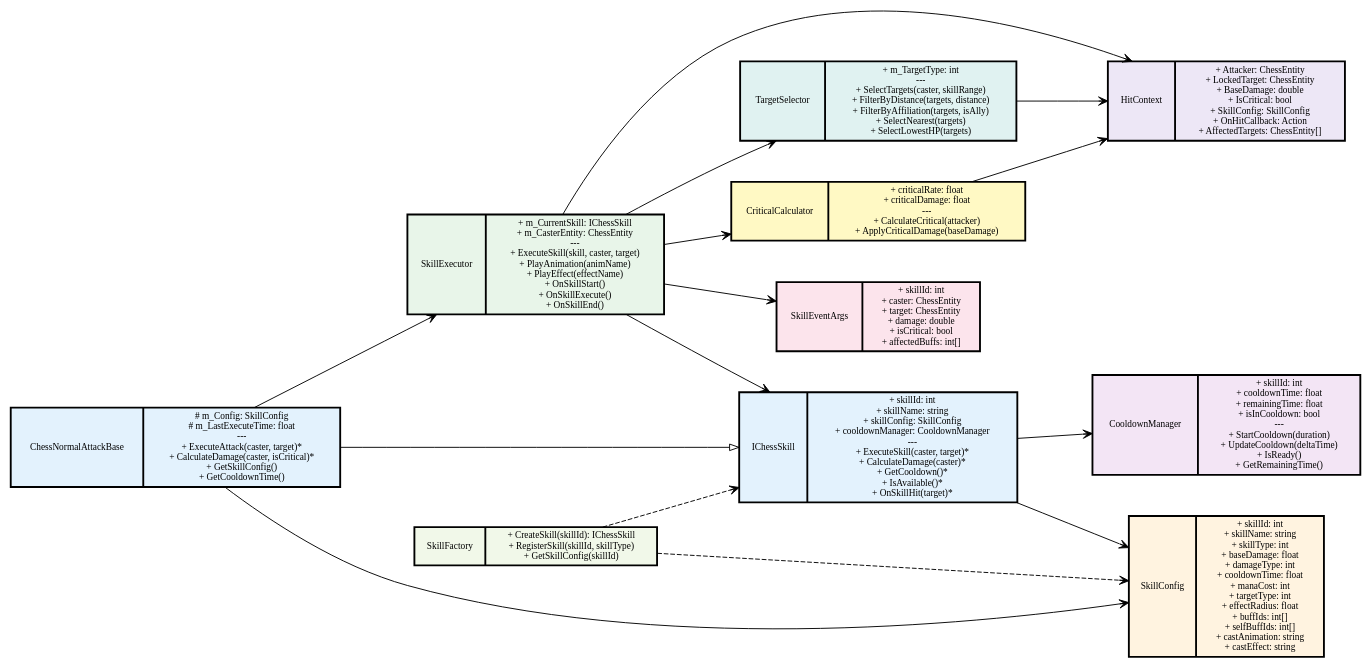
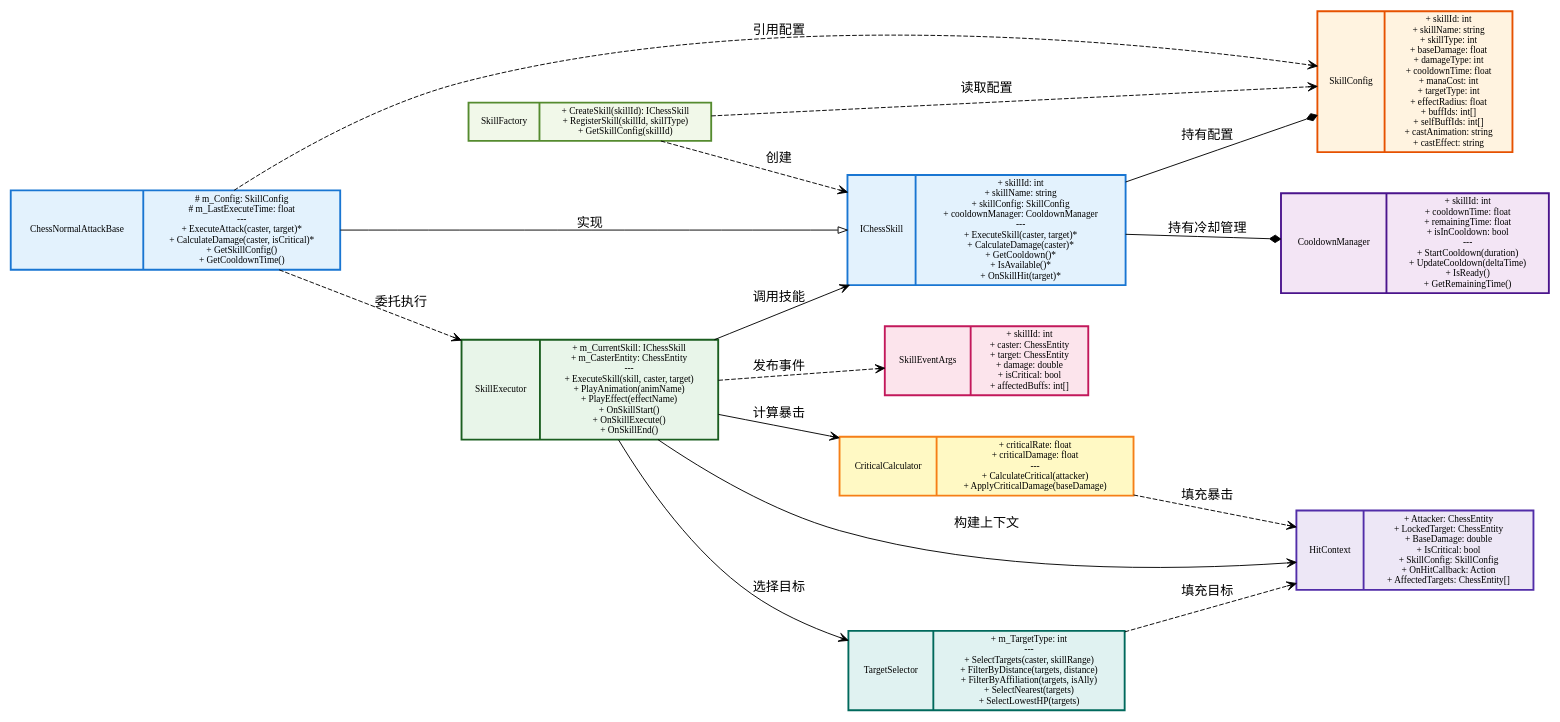
The diagram in 项目知识库（AI）/图表资源/4-11_技能系统类图.md (TXYzznc/GP), drawn with Graphviz before and after one commit. The commit also changed 8 other files, not shown here.

Commit message:
chore: 同步 Prefab、工程配置和知识库图表更新

````diff
--- a/项目知识库（AI）/图表资源/4-11_技能系统类图.md
+++ b/项目知识库（AI）/图表资源/4-11_技能系统类图.md
@@ -3,46 +3,55 @@
 ```dot
 digraph SkillSystem {
     rankdir=LR;
     nodesep=0.6;
     ranksep=1.0;
     splines=orthogonal;
     
     node [shape=box, style=filled, fontsize=10];
     edge [arrowhead=vee];
     
-    IChessSkill [label="{IChessSkill|+ skillId: int\n+ skillName: string\n+ skillConfig: SkillConfig\n+ cooldownManager: CooldownManager\n---\n+ ExecuteSkill(caster, target)*\n+ CalculateDamage(caster)*\n+ GetCooldown()*\n+ IsAvailable()*\n+ OnSkillHit(target)*}", shape=record, fillcolor="#e3f2fd", stroke="#1976d2", penwidth=2];
+    IChessSkill [label="{IChessSkill|+ skillId: int\n+ skillName: string\n+ skillConfig: SkillConfig\n+ cooldownManager: CooldownManager\n---\n+ ExecuteSkill(caster, target)*\n+ CalculateDamage(caster)*\n+ GetCooldown()*\n+ IsAvailable()*\n+ OnSkillHit(target)*}", shape=record, fillcolor="#e3f2fd", color="#1976d2", penwidth=2];
     
-    ChessNormalAttackBase [label="{ChessNormalAttackBase|# m_Config: SkillConfig\n# m_LastExecuteTime: float\n---\n+ ExecuteAttack(caster, target)*\n+ CalculateDamage(caster, isCritical)*\n+ GetSkillConfig()\n+ GetCooldownTime()}", shape=record, fillcolor="#e3f2fd", stroke="#1976d2", penwidth=2];
+    ChessNormalAttackBase [label="{ChessNormalAttackBase|# m_Config: SkillConfig\n# m_LastExecuteTime: float\n---\n+ ExecuteAttack(caster, target)*\n+ CalculateDamage(caster, isCritical)*\n+ GetSkillConfig()\n+ GetCooldownTime()}", shape=record, fillcolor="#e3f2fd", color="#1976d2", penwidth=2];
     
-    SkillConfig [label="{SkillConfig|+ skillId: int\n+ skillName: string\n+ skillType: int\n+ baseDamage: float\n+ damageType: int\n+ cooldownTime: float\n+ manaCost: int\n+ targetType: int\n+ effectRadius: float\n+ buffIds: int[]\n+ selfBuffIds: int[]\n+ castAnimation: string\n+ castEffect: string}", shape=record, fillcolor="#fff3e0", stroke="#e65100", penwidth=2];
+    SkillConfig [label="{SkillConfig|+ skillId: int\n+ skillName: string\n+ skillType: int\n+ baseDamage: float\n+ damageType: int\n+ cooldownTime: float\n+ manaCost: int\n+ targetType: int\n+ effectRadius: float\n+ buffIds: int[]\n+ selfBuffIds: int[]\n+ castAnimation: string\n+ castEffect: string}", shape=record, fillcolor="#fff3e0", color="#e65100", penwidth=2];
     
-    CooldownManager [label="{CooldownManager|+ skillId: int\n+ cooldownTime: float\n+ remainingTime: float\n+ isInCooldown: bool\n---\n+ StartCooldown(duration)\n+ UpdateCooldown(deltaTime)\n+ IsReady()\n+ GetRemainingTime()}", shape=record, fillcolor="#f3e5f5", stroke="#4a148c", penwidth=2];
+    CooldownManager [label="{CooldownManager|+ skillId: int\n+ cooldownTime: float\n+ remainingTime: float\n+ isInCooldown: bool\n---\n+ StartCooldown(duration)\n+ UpdateCooldown(deltaTime)\n+ IsReady()\n+ GetRemainingTime()}", shape=record, fillcolor="#f3e5f5", color="#4a148c", penwidth=2];
     
-    SkillExecutor [label="{SkillExecutor|+ m_CurrentSkill: IChessSkill\n+ m_CasterEntity: ChessEntity\n---\n+ ExecuteSkill(skill, caster, target)\n+ PlayAnimation(animName)\n+ PlayEffect(effectName)\n+ OnSkillStart()\n+ OnSkillExecute()\n+ OnSkillEnd()}", shape=record, fillcolor="#e8f5e9", stroke="#1b5e20", penwidth=2];
+    SkillExecutor [label="{SkillExecutor|+ m_CurrentSkill: IChessSkill\n+ m_CasterEntity: ChessEntity\n---\n+ ExecuteSkill(skill, caster, target)\n+ PlayAnimation(animName)\n+ PlayEffect(effectName)\n+ OnSkillStart()\n+ OnSkillExecute()\n+ OnSkillEnd()}", shape=record, fillcolor="#e8f5e9", color="#1b5e20", penwidth=2];
     
-    SkillEventArgs [label="{SkillEventArgs|+ skillId: int\n+ caster: ChessEntity\n+ target: ChessEntity\n+ damage: double\n+ isCritical: bool\n+ affectedBuffs: int[]}", shape=record, fillcolor="#fce4ec", stroke="#c2185b", penwidth=2];
+    SkillEventArgs [label="{SkillEventArgs|+ skillId: int\n+ caster: ChessEntity\n+ target: ChessEntity\n+ damage: double\n+ isCritical: bool\n+ affectedBuffs: int[]}", shape=record, fillcolor="#fce4ec", color="#c2185b", penwidth=2];
     
-    SkillFactory [label="{SkillFactory|+ CreateSkill(skillId): IChessSkill\n+ RegisterSkill(skillId, skillType)\n+ GetSkillConfig(skillId)}", shape=record, fillcolor="#f1f8e9", stroke="#558b2f", penwidth=2];
+    SkillFactory [label="{SkillFactory|+ CreateSkill(skillId): IChessSkill\n+ RegisterSkill(skillId, skillType)\n+ GetSkillConfig(skillId)}", shape=record, fillcolor="#f1f8e9", color="#558b2f", penwidth=2];
     
-    TargetSelector [label="{TargetSelector|+ m_TargetType: int\n---\n+ SelectTargets(caster, skillRange)\n+ FilterByDistance(targets, distance)\n+ FilterByAffiliation(targets, isAlly)\n+ SelectNearest(targets)\n+ SelectLowestHP(targets)}", shape=record, fillcolor="#e0f2f1", stroke="#00695c", penwidth=2];
+    TargetSelector [label="{TargetSelector|+ m_TargetType: int\n---\n+ SelectTargets(caster, skillRange)\n+ FilterByDistance(targets, distance)\n+ FilterByAffiliation(targets, isAlly)\n+ SelectNearest(targets)\n+ SelectLowestHP(targets)}", shape=record, fillcolor="#e0f2f1", color="#00695c", penwidth=2];
     
-    HitContext [label="{HitContext|+ Attacker: ChessEntity\n+ LockedTarget: ChessEntity\n+ BaseDamage: double\n+ IsCritical: bool\n+ SkillConfig: SkillConfig\n+ OnHitCallback: Action\n+ AffectedTargets: ChessEntity[]}", shape=record, fillcolor="#ede7f6", stroke="#512da8", penwidth=2];
+    HitContext [label="{HitContext|+ Attacker: ChessEntity\n+ LockedTarget: ChessEntity\n+ BaseDamage: double\n+ IsCritical: bool\n+ SkillConfig: SkillConfig\n+ OnHitCallback: Action\n+ AffectedTargets: ChessEntity[]}", shape=record, fillcolor="#ede7f6", color="#512da8", penwidth=2];
     
-    CriticalCalculator [label="{CriticalCalculator|+ criticalRate: float\n+ criticalDamage: float\n---\n+ CalculateCritical(attacker)\n+ ApplyCriticalDamage(baseDamage)}", shape=record, fillcolor="#fff9c4", stroke="#f57f17", penwidth=2];
+    CriticalCalculator [label="{CriticalCalculator|+ criticalRate: float\n+ criticalDamage: float\n---\n+ CalculateCritical(attacker)\n+ ApplyCriticalDamage(baseDamage)}", shape=record, fillcolor="#fff9c4", color="#f57f17", penwidth=2];
     
-    ChessNormalAttackBase -> IChessSkill [arrowhead=empty];
-    IChessSkill -> SkillConfig;
-    IChessSkill -> CooldownManager;
-    ChessNormalAttackBase -> SkillConfig;
-    ChessNormalAttackBase -> SkillExecutor;
-    SkillExecutor -> IChessSkill;
-    SkillExecutor -> SkillEventArgs;
-    SkillExecutor -> HitContext;
-    SkillExecutor -> TargetSelector;
-    SkillExecutor -> CriticalCalculator;
-    SkillFactory -> IChessSkill [style=dashed];
-    SkillFactory -> SkillConfig [style=dashed];
-    TargetSelector -> HitContext;
-    CriticalCalculator -> HitContext;
+    // 继承关系
+    ChessNormalAttackBase -> IChessSkill [arrowhead=empty, label="实现"];
+    
+    // 组合/聚合关系
+    IChessSkill -> SkillConfig [label="持有配置", arrowhead=diamond];
+    IChessSkill -> CooldownManager [label="持有冷却管理", arrowhead=diamond];
+    ChessNormalAttackBase -> SkillConfig [label="引用配置", style=dashed];
+    
+    // 依赖关系
+    ChessNormalAttackBase -> SkillExecutor [label="委托执行", style=dashed];
+    SkillExecutor -> IChessSkill [label="调用技能"];
+    SkillExecutor -> SkillEventArgs [label="发布事件", style=dashed];
+    SkillExecutor -> HitContext [label="构建上下文"];
+    SkillExecutor -> TargetSelector [label="选择目标"];
+    SkillExecutor -> CriticalCalculator [label="计算暴击"];
+    
+    // 工厂创建关系
+    SkillFactory -> IChessSkill [style=dashed, label="创建"];
+    SkillFactory -> SkillConfig [style=dashed, label="读取配置"];
+    
+    // 数据填充关系
+    TargetSelector -> HitContext [label="填充目标", style=dashed];
+    CriticalCalculator -> HitContext [label="填充暴击", style=dashed];
 }
 ```
````
